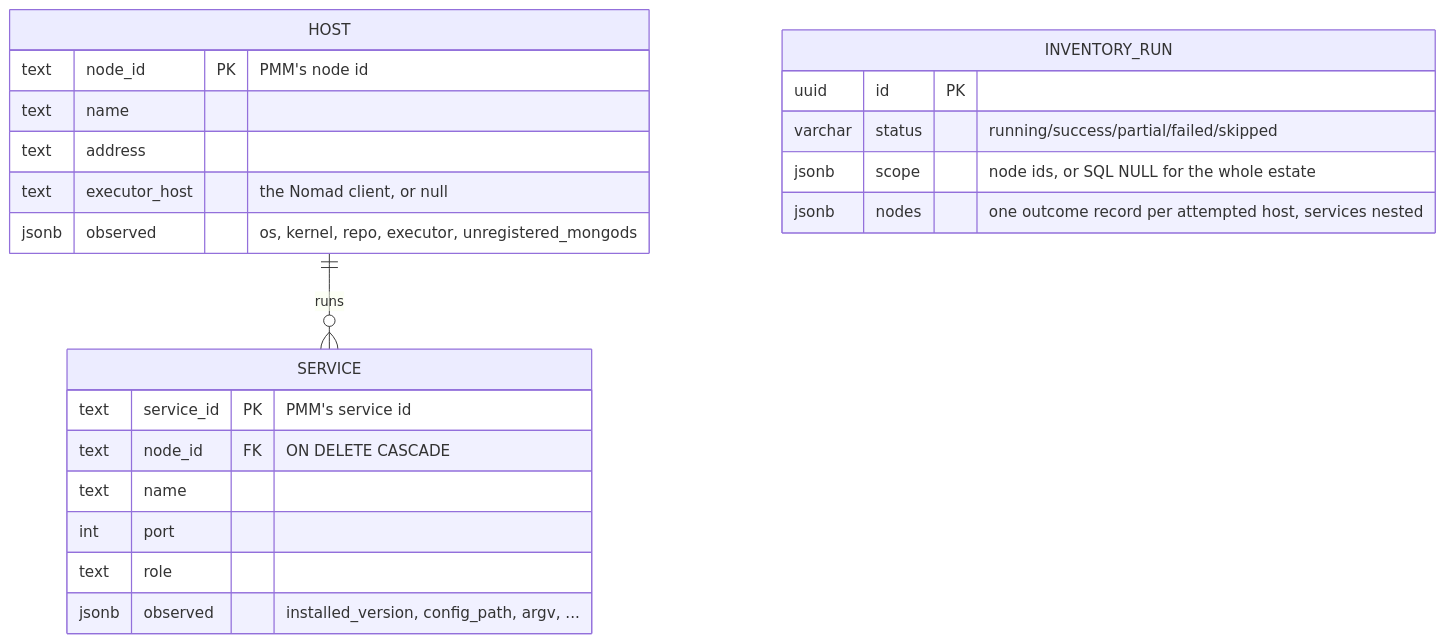
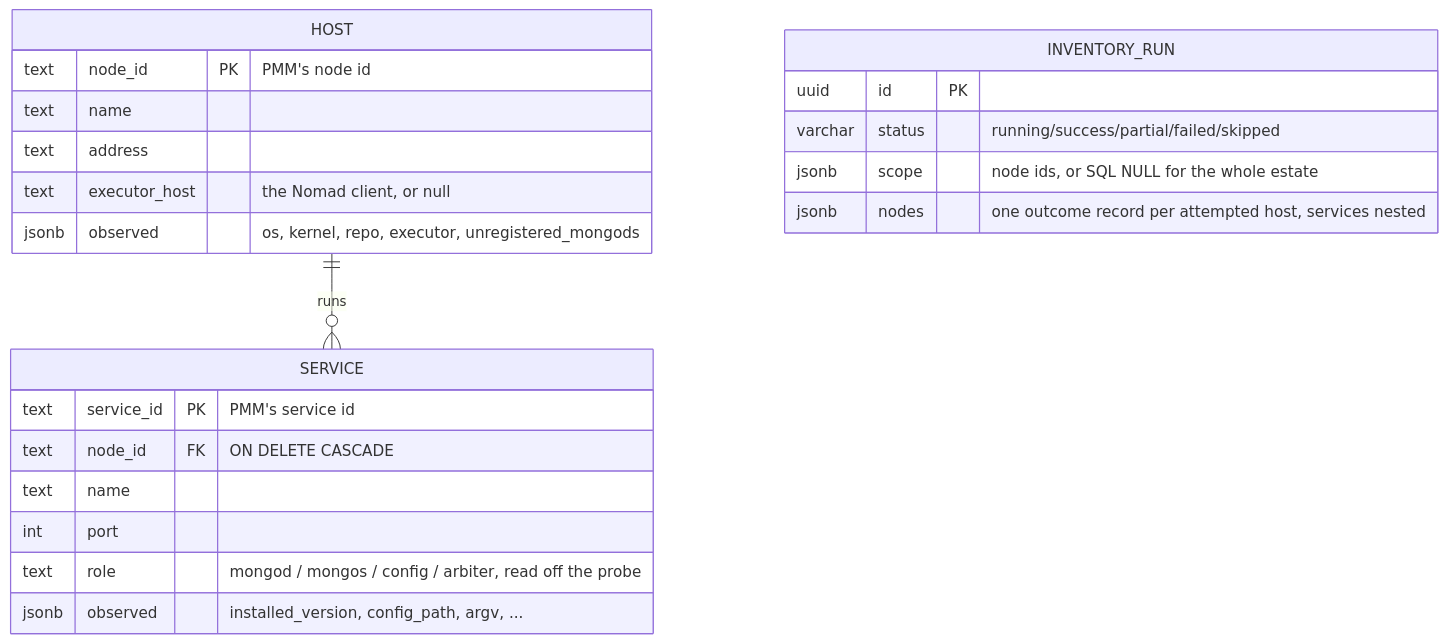
Before and after one commit to Percona-Lab/pom-workspace: the fourth of 4 diagrams in docs/architecture.md, drawn with Mermaid. The commit also changed other lines of this file and 3 other files, not shown here.

````diff
--- a/docs/architecture.md
+++ b/docs/architecture.md
@@ -162,25 +162,25 @@
 ```mermaid
 erDiagram
     HOST ||--o{ SERVICE : "runs"
     HOST {
         text node_id PK "PMM's node id"
         text name
         text address
         text executor_host "the Nomad client, or null"
         jsonb observed "os, kernel, repo, executor, unregistered_mongods"
     }
     SERVICE {
         text service_id PK "PMM's service id"
         text node_id FK "ON DELETE CASCADE"
         text name
         int port
-        text role
+        text role "mongod / mongos / config / arbiter, read off the probe"
         jsonb observed "installed_version, config_path, argv, ..."
     }
     INVENTORY_RUN {
         uuid id PK
         varchar status "running/success/partial/failed/skipped"
         jsonb scope "node ids, or SQL NULL for the whole estate"
         jsonb nodes "one outcome record per attempted host, services nested"
     }
 ```
````
